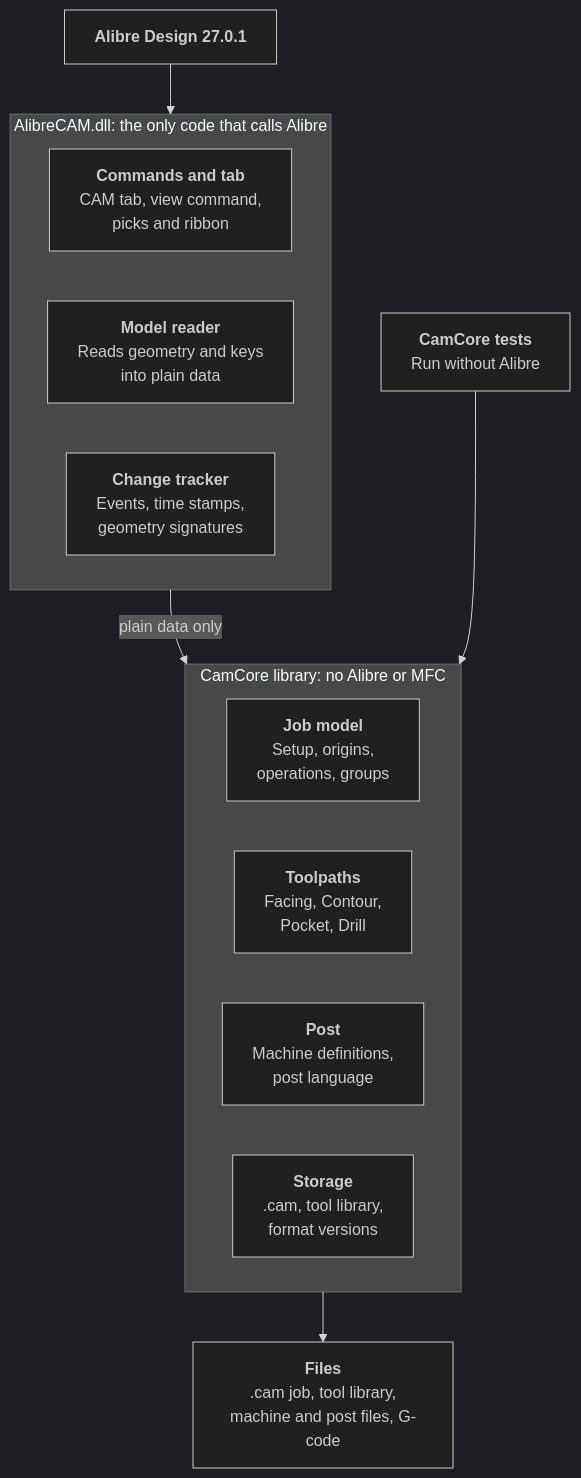
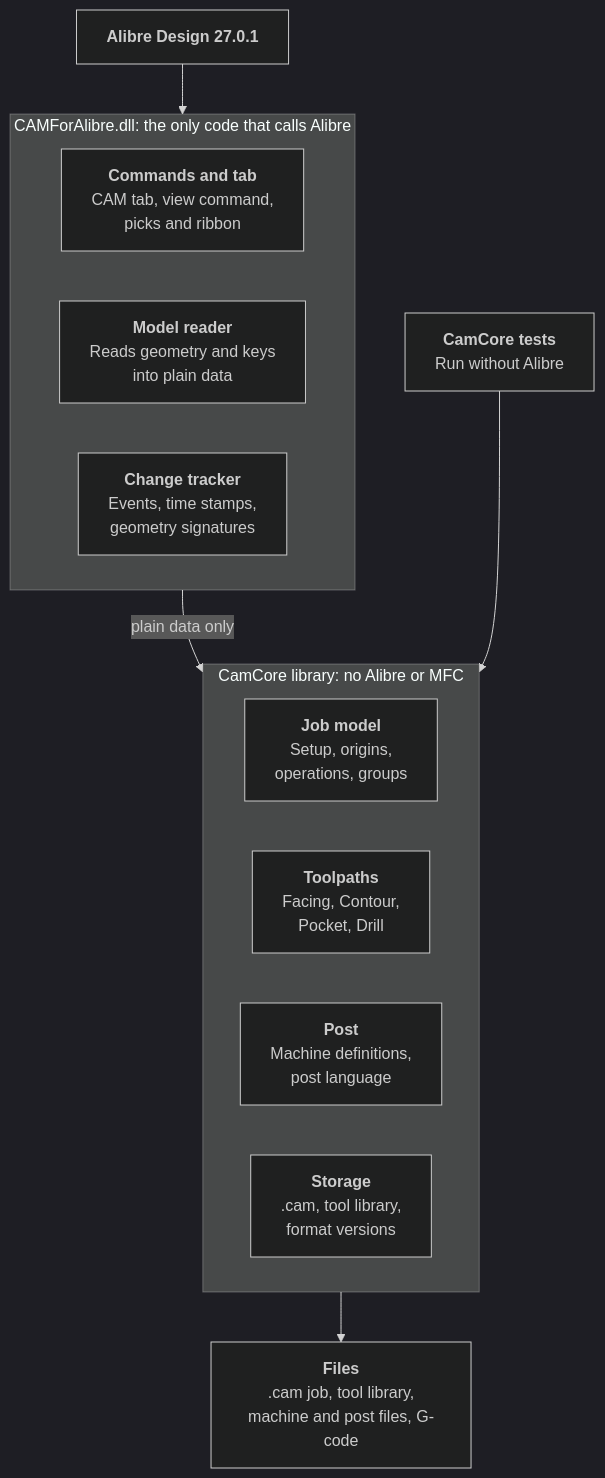
The second of 2 diagrams in docs/SPEC.md (ftkalcevic/AlibreCAM), drawn with Mermaid (dark theme) before and after one commit. The commit also changed other lines of this file and 68 other files, not shown here.

````diff
--- a/docs/SPEC.md
+++ b/docs/SPEC.md
@@ -335,27 +335,27 @@
 ```mermaid
 flowchart TD
     Alibre["<b>Alibre Design 27.0.1</b>"]
 
-    subgraph Addon["AlibreCAM.dll: the only code that calls Alibre"]
+    subgraph Addon["CAMForAlibre.dll: the only code that calls Alibre"]
         direction LR
         Commands["<b>Commands and tab</b><br/>CAM tab, view command,<br/>picks and ribbon"]
         Reader["<b>Model reader</b><br/>Reads geometry and keys<br/>into plain data"]
         Tracker["<b>Change tracker</b><br/>Events, time stamps,<br/>geometry signatures"]
     end
 
     subgraph Core["CamCore library: no Alibre or MFC"]
         direction LR
         Job["<b>Job model</b><br/>Setup, origins,<br/>operations, groups"]
         Paths["<b>Toolpaths</b><br/>Facing, Contour,<br/>Pocket, Drill"]
         Post["<b>Post</b><br/>Machine definitions,<br/>post language"]
         Storage["<b>Storage</b><br/>.cam, tool library,<br/>format versions"]
     end
 
     Files["<b>Files</b><br/>.cam job, tool library,<br/>machine and post files, G-code"]
     Tests["<b>CamCore tests</b><br/>Run without Alibre"]
 
     Alibre --> Addon
     Addon -->|plain data only| Core
     Core --> Files
     Tests --> Core
 ```
````
